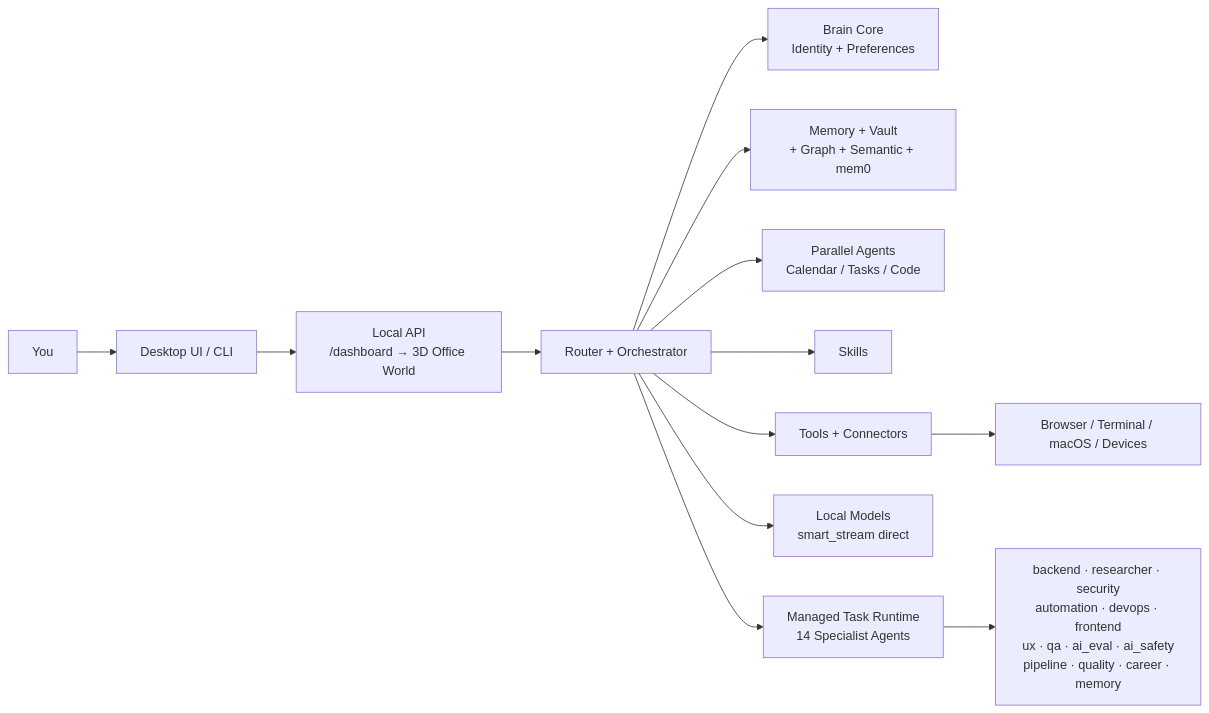
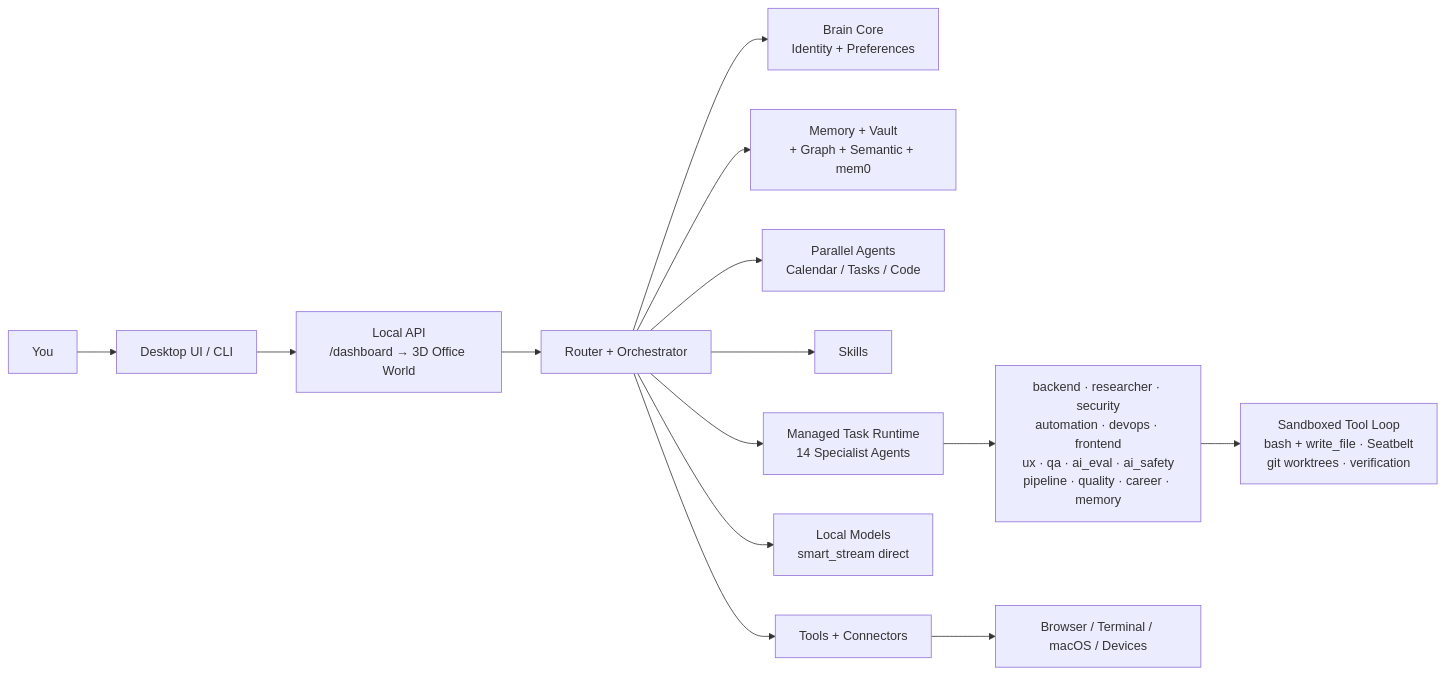
The diagram in README.md (amanimran786/jarvis-ai), drawn with Mermaid before and after one commit. The commit also changed other lines of this file, not shown here.

First line of the commit message:
docs: update README for sandboxed agent runtime + intended use

````diff
--- a/README.md
+++ b/README.md
@@ -102,15 +127,16 @@
 ```mermaid
 flowchart LR
     User["You"] --> UI["Desktop UI / CLI"]
     UI --> API["Local API\n/dashboard → 3D Office World"]
     API --> Router["Router + Orchestrator"]
     Router --> Brain["Brain Core\nIdentity + Preferences"]
     Router --> Memory["Memory + Vault\n+ Graph + Semantic + mem0"]
     Router --> Agents["Parallel Agents\nCalendar / Tasks / Code"]
     Router --> Skills["Skills"]
     Router --> Tools["Tools + Connectors"]
     Router --> Models["Local Models\nsmart_stream direct"]
     Router --> Tasks["Managed Task Runtime\n14 Specialist Agents"]
     Tasks --> AgentTeam["backend · researcher · security\nautomation · devops · frontend\nux · qa · ai_eval · ai_safety\npipeline · quality · career · memory"]
+    AgentTeam --> Sandbox["Sandboxed Tool Loop\nbash + write_file · Seatbelt\ngit worktrees · verification"]
     Tools --> Mac["Browser / Terminal / macOS / Devices"]
 ```
````
